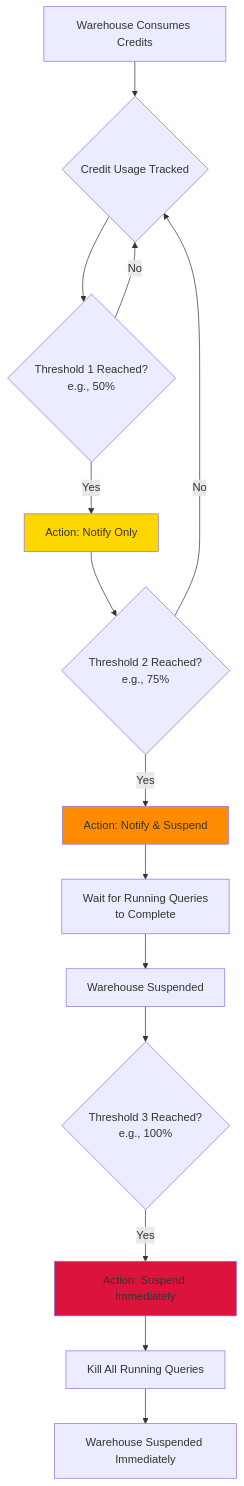
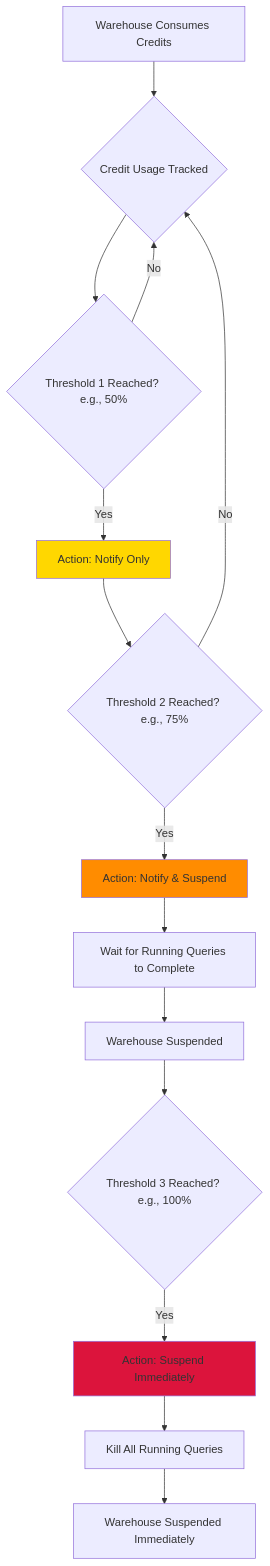
The diagram in 2_Account_Management_and_Data_Governance/2.3_Resource_Monitors_and_Account_Management.md (harishupadrasta/snowPro-Core), drawn with Mermaid before and after one commit. The commit also changed 16 other files, not shown here.

First line of the commit message:
Fix mermaid diagrams: replace <br/> with spaces for GitHub rendering

````diff
--- a/2_Account_Management_and_Data_Governance/2.3_Resource_Monitors_and_Account_Management.md
+++ b/2_Account_Management_and_Data_Governance/2.3_Resource_Monitors_and_Account_Management.md
@@ -32,20 +32,20 @@
 ```mermaid
 flowchart TD
     A[Warehouse Consumes Credits] --> B{Credit Usage Tracked}
-    B --> C{Threshold 1 Reached?<br/>e.g., 50%}
+    B --> C{Threshold 1 Reached? e.g., 50%}
     C -->|Yes| D[Action: Notify Only]
     C -->|No| B
-    D --> E{Threshold 2 Reached?<br/>e.g., 75%}
+    D --> E{Threshold 2 Reached? e.g., 75%}
     E -->|Yes| F[Action: Notify & Suspend]
     E -->|No| B
-    F --> G[Wait for Running Queries<br/>to Complete]
+    F --> G[Wait for Running Queries to Complete]
     G --> H[Warehouse Suspended]
-    H --> I{Threshold 3 Reached?<br/>e.g., 100%}
+    H --> I{Threshold 3 Reached? e.g., 100%}
     I -->|Yes| J[Action: Suspend Immediately]
     J --> K[Kill All Running Queries]
     K --> L[Warehouse Suspended Immediately]
     
     style D fill:#ffd700
     style F fill:#ff8c00
     style J fill:#dc143c
 ```
````
